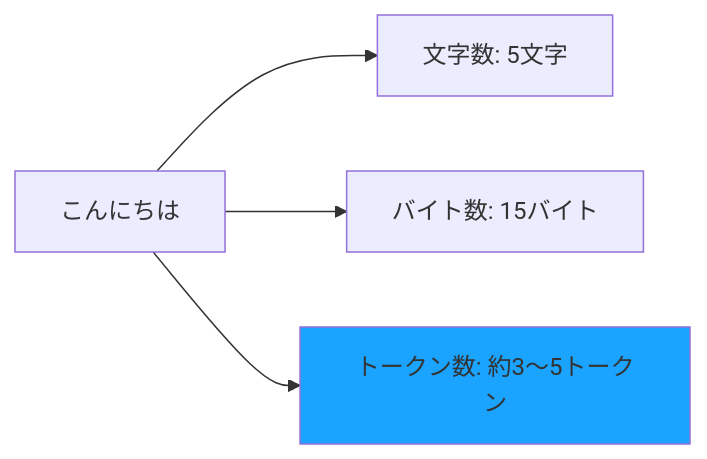
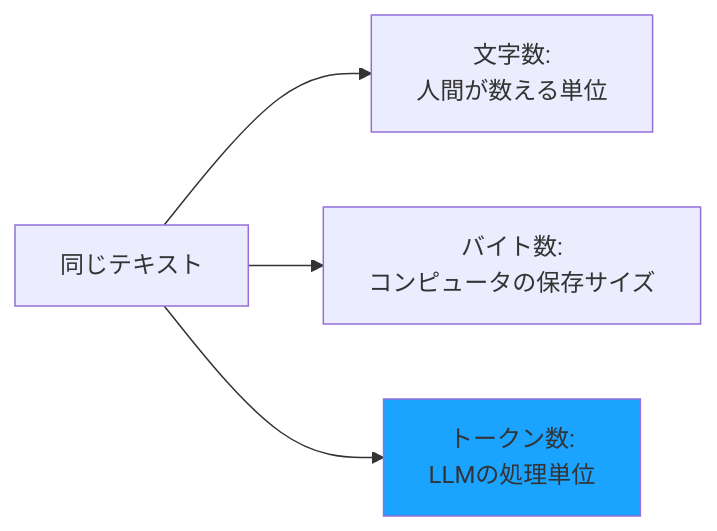
One commit to cyber-freaks-jp/AI_Driven_Development_Course changed the diagram in book/pages/トークンとは.md. Above: the diagram before and after it, drawn with Mermaid. The commit also changed other lines of this file and 2 other files, not shown here.

````diff
--- a/book/pages/トークンとは.md
+++ b/book/pages/トークンとは.md
@@ -33,8 +112,8 @@
 ```mermaid
 graph LR
-    A["こんにちは"] --> B[文字数: 5文字]
-    A --> C[バイト数: 15バイト]
-    A --> D[トークン数: 約3〜5トークン]
+    A["同じテキスト"] --> B[文字数:<br/>人間が数える単位]
+    A --> C[バイト数:<br/>コンピュータの保存サイズ]
+    A --> D[トークン数:<br/>LLMの処理単位]
 
     style D fill:#1aa3ff
 ```
````
